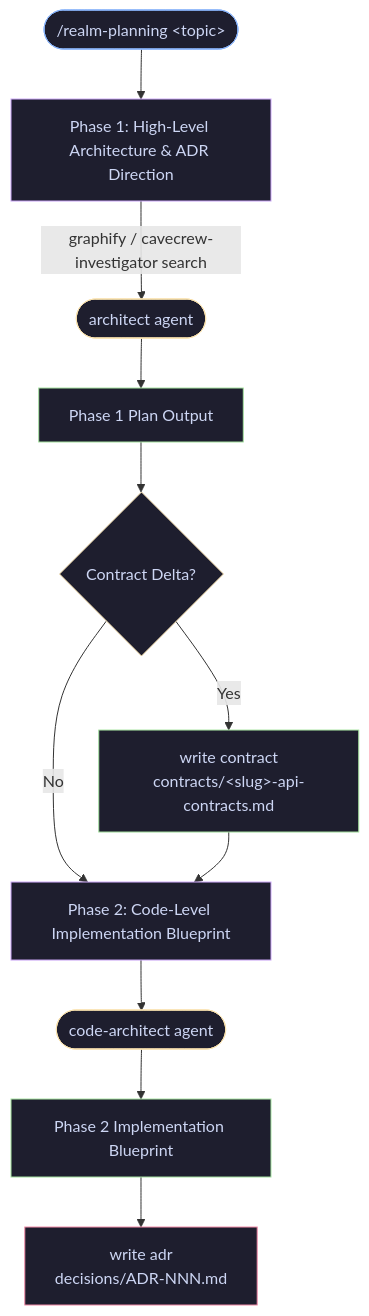
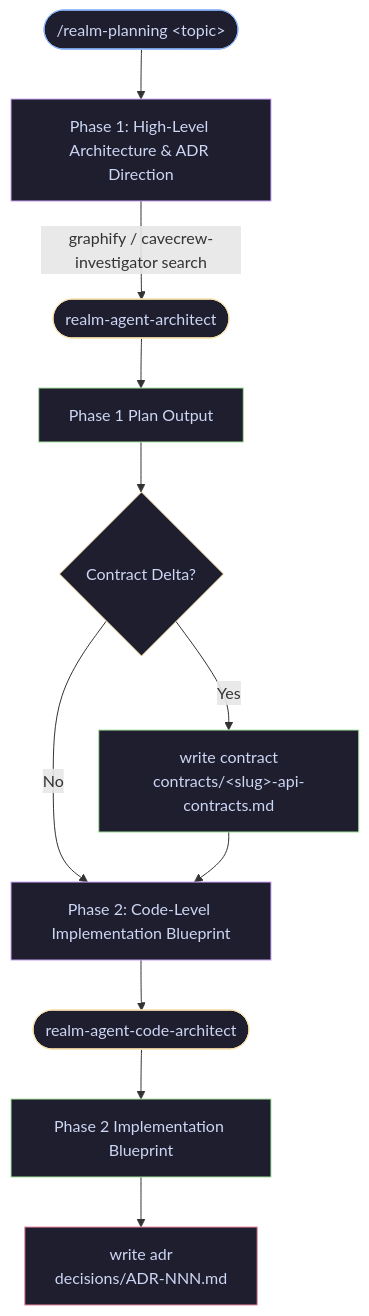
One commit to blackmo18/realm changed the second of 8 diagrams in VISUALS.md. Above: the diagram before and after it, drawn with Mermaid. The commit also changed 27 other files, not shown here.

First line of the commit message:
refactor(agents): prefix shared agents with realm-agent-

````diff
--- a/VISUALS.md
+++ b/VISUALS.md
@@ -44,23 +44,23 @@
 ```mermaid
 flowchart TD
     PL(["/realm-planning &lt;topic&gt;"]):::cmd --> P1["Phase 1: High-Level Architecture & ADR Direction"]:::step
-    P1 -->|"graphify / cavecrew-investigator search"| ARCH(["architect agent"]):::agent
+    P1 -->|"graphify / cavecrew-investigator search"| ARCH(["realm-agent-architect"]):::agent
     ARCH --> P1OUT["Phase 1 Plan Output"]:::file
 
     P1OUT --> CD{Contract Delta?}:::choice
     CD -->|Yes| WC["write contract\ncontracts/&lt;slug&gt;-api-contracts.md"]:::file
     CD -->|No| P2
 
     WC --> P2["Phase 2: Code-Level Implementation Blueprint"]:::step
-    P2 --> CARCH(["code-architect agent"]):::agent
+    P2 --> CARCH(["realm-agent-code-architect"]):::agent
     CARCH --> P2OUT["Phase 2 Implementation Blueprint"]:::file
 
     P2OUT --> ADR["write adr\ndecisions/ADR-NNN.md"]:::vault
 
     classDef cmd    fill:#1e1e2e,stroke:#89b4fa,color:#cdd6f4
     classDef file   fill:#1e1e2e,stroke:#a6e3a1,color:#cdd6f4
     classDef step   fill:#1e1e2e,stroke:#cba6f7,color:#cdd6f4
     classDef choice fill:#1e1e2e,stroke:#f9e2af,color:#cdd6f4
     classDef agent  fill:#1e1e2e,stroke:#f9e2af,color:#cdd6f4
     classDef vault  fill:#1e1e2e,stroke:#f38ba8,color:#cdd6f4
 ```
````
